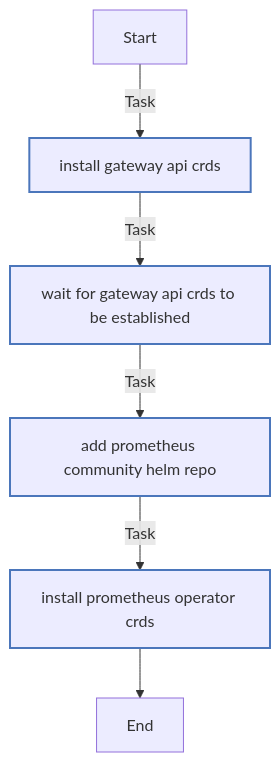
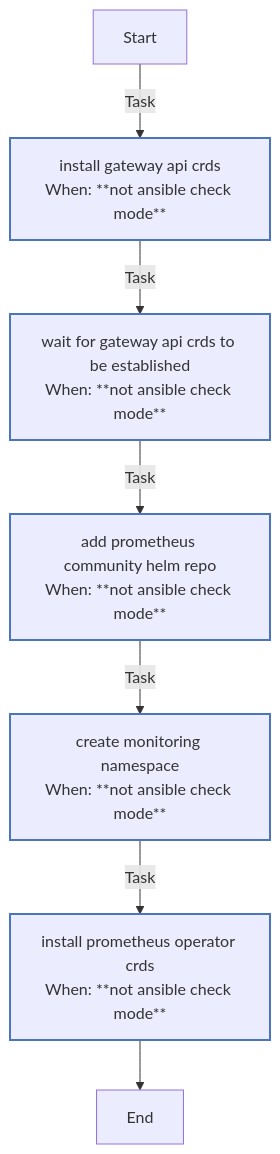
The diagram in roles/crds_bootstrap/README.md (rou-cru/k3s-homelab), drawn with Mermaid before and after one commit. The commit also changed other lines of this file and 277 other files, not shown here.

````diff
--- a/roles/crds_bootstrap/README.md
+++ b/roles/crds_bootstrap/README.md
@@ -69,18 +99,19 @@
 ```mermaid
 flowchart TD
 Start
 classDef block stroke:#3498db,stroke-width:2px;
 classDef task stroke:#4b76bb,stroke-width:2px;
 classDef includeTasks stroke:#16a085,stroke-width:2px;
 classDef importTasks stroke:#34495e,stroke-width:2px;
 classDef includeRole stroke:#2980b9,stroke-width:2px;
 classDef importRole stroke:#699ba7,stroke-width:2px;
 classDef includeVars stroke:#8e44ad,stroke-width:2px;
 classDef rescue stroke:#665352,stroke-width:2px;
 
-  Start-->|Task| Install_Gateway_API_CRDs0[install gateway api crds]:::task
-  Install_Gateway_API_CRDs0-->|Task| Wait_for_Gateway_API_CRDs_to_be_established1[wait for gateway api crds to be established]:::task
-  Wait_for_Gateway_API_CRDs_to_be_established1-->|Task| Add_Prometheus_Community_Helm_repo2[add prometheus community helm repo]:::task
-  Add_Prometheus_Community_Helm_repo2-->|Task| Install_Prometheus_Operator_CRDs3[install prometheus operator crds]:::task
-  Install_Prometheus_Operator_CRDs3-->End
+  Start-->|Task| Install_Gateway_API_CRDs0[install gateway api crds<br>When: **not ansible check mode**]:::task
+  Install_Gateway_API_CRDs0-->|Task| Wait_for_Gateway_API_CRDs_to_be_established1[wait for gateway api crds to be established<br>When: **not ansible check mode**]:::task
+  Wait_for_Gateway_API_CRDs_to_be_established1-->|Task| Add_Prometheus_Community_Helm_repo2[add prometheus community helm repo<br>When: **not ansible check mode**]:::task
+  Add_Prometheus_Community_Helm_repo2-->|Task| Create_monitoring_namespace3[create monitoring namespace<br>When: **not ansible check mode**]:::task
+  Create_monitoring_namespace3-->|Task| Install_Prometheus_Operator_CRDs4[install prometheus operator crds<br>When: **not ansible check mode**]:::task
+  Install_Prometheus_Operator_CRDs4-->End
 ```
````
